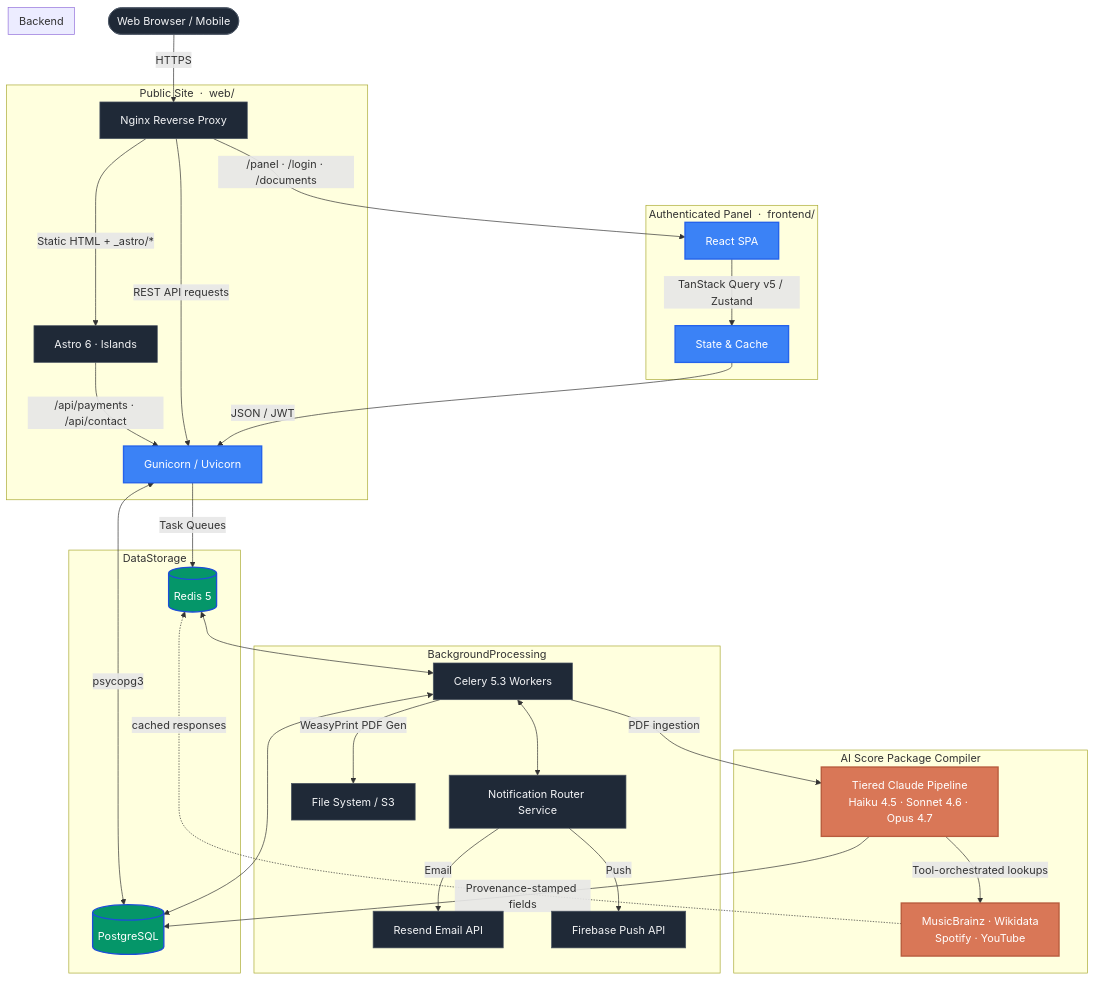
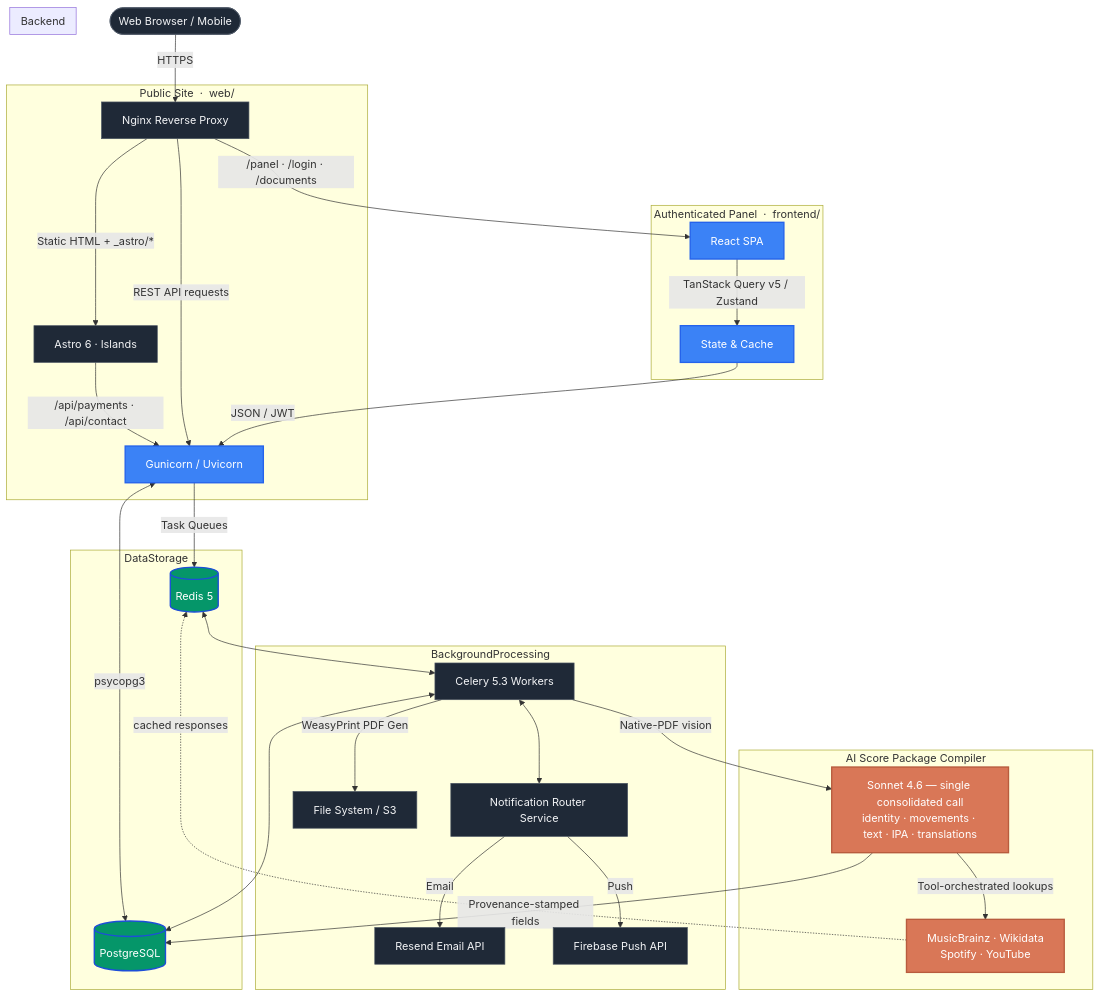
One commit to bedikryst/VoctManager changed the diagram in README.md. Above: the diagram before and after it, drawn with Mermaid. The commit also changed other lines of this file and 3 other files, not shown here.

````diff
--- a/README.md
+++ b/README.md
@@ -27,49 +27,49 @@
 ```mermaid
 graph TD
     Client([Web Browser / Mobile]) -->|HTTPS| Nginx[Nginx Reverse Proxy]
 
     subgraph PublicWeb [Public Site &nbsp;·&nbsp; web/]
         Nginx -->|Static HTML + _astro/*| Astro[Astro 6 · Islands]
         Astro -->|/api/payments · /api/contact| Gunicorn
     end
 
     subgraph Panel [Authenticated Panel &nbsp;·&nbsp; frontend/]
         Nginx -->|/panel · /login · /documents| React[React SPA]
         React -->|TanStack Query v5 / Zustand| StateManager[State & Cache]
     end
 
     subgraph Backend
         Nginx -->|REST API requests| Gunicorn[Gunicorn / Uvicorn]
         StateManager -->|JSON / JWT| Gunicorn
     end
 
     subgraph DataStorage
         Gunicorn <-->|psycopg3| DB[(PostgreSQL)]
         Gunicorn -->|Task Queues| Redis[(Redis 5)]
     end
 
     subgraph BackgroundProcessing
         Redis <--> Celery[Celery 5.3 Workers]
         Celery <--> NotificationService[Notification Router Service]
         NotificationService -->|Email| Resend[Resend Email API]
         NotificationService -->|Push| Firebase[Firebase Push API]
         Celery <--> DB
         Celery -->|WeasyPrint PDF Gen| Ext[File System / S3]
     end
 
     subgraph AIScoreCompiler[AI Score Package Compiler]
-        Celery -->|PDF ingestion| Claude["Tiered Claude Pipeline<br/>Haiku 4.5 · Sonnet 4.6 · Opus 4.7"]
+        Celery -->|Native-PDF vision| Claude["Sonnet 4.6 — single consolidated call<br/>identity · movements · text · IPA · translations"]
         Claude -->|Tool-orchestrated lookups| ExtMeta["MusicBrainz · Wikidata<br/>Spotify · YouTube"]
         ExtMeta -.->|cached responses| Redis
         Claude -->|Provenance-stamped fields| DB
     end
 
     classDef default fill:#1f2937,stroke:#4b5563,stroke-width:1px,color:#f3f4f6;
     classDef highlight fill:#3b82f6,stroke:#2563eb,stroke-width:2px,color:#ffffff;
     classDef db fill:#059669,stroke:#1d4ed8,stroke-width:2px,color:#ffffff;
     classDef ai fill:#D97757,stroke:#b85c3e,stroke-width:2px,color:#ffffff;
 
     class React,StateManager,Gunicorn highlight;
     class DB,Redis db;
     class Claude,ExtMeta ai;
 ```
````
